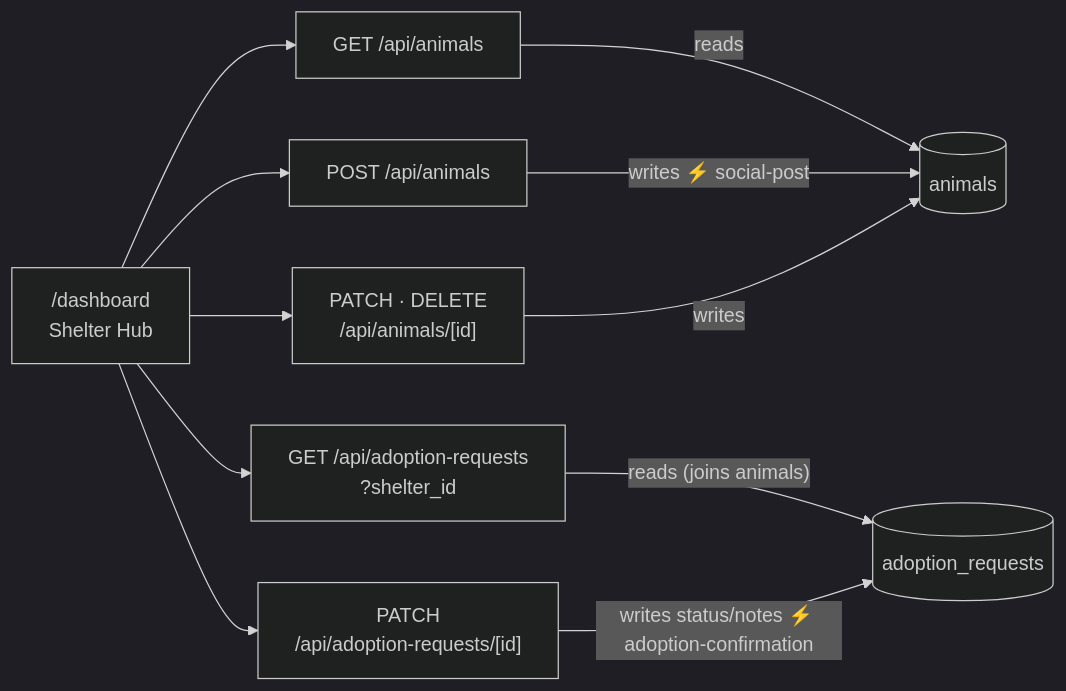
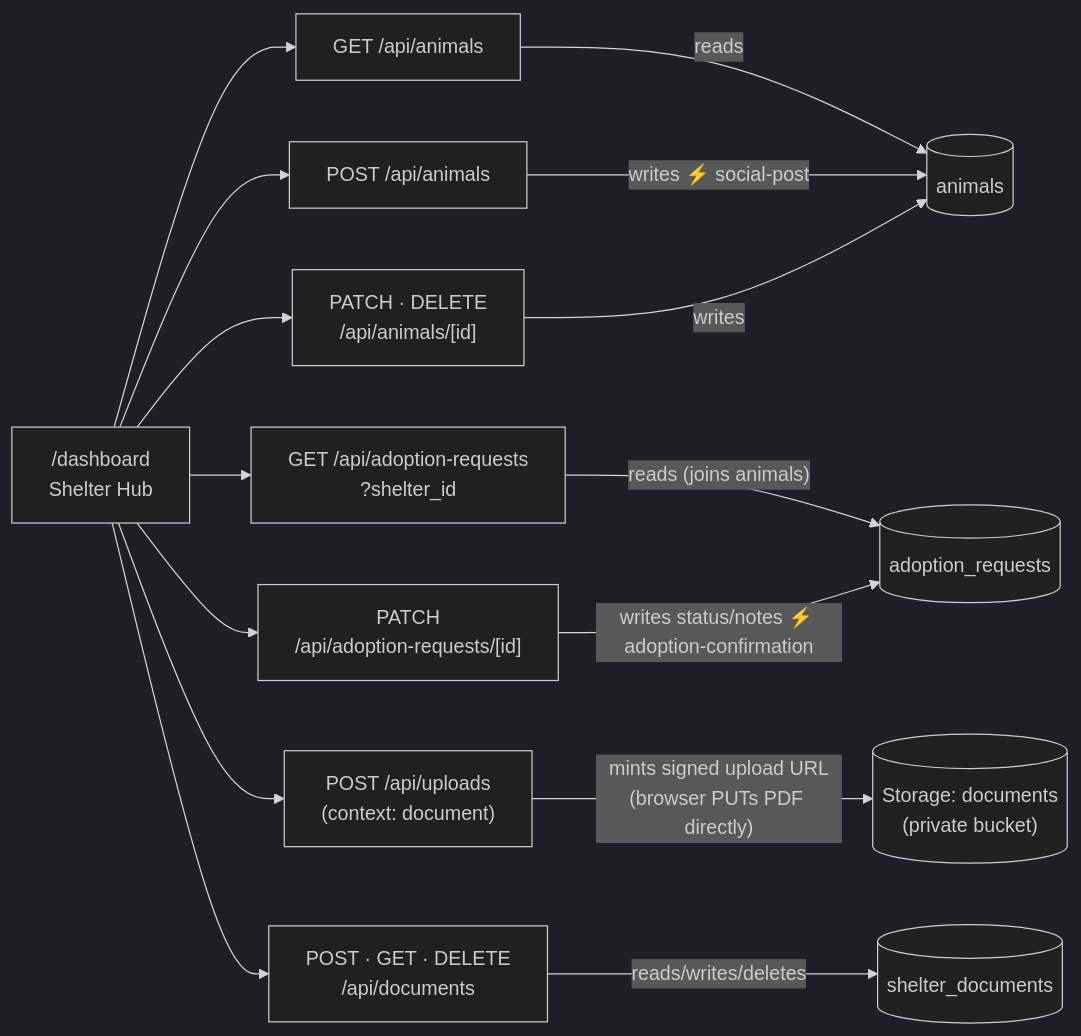
The second of 7 diagrams in docs/architecture.md (gamp92/pawlink), drawn with Mermaid (dark theme) before and after one commit. The commit also changed other lines of this file and 7 other files, not shown here.

First line of the commit message:
feat: add shelter_documents table and /api/documents routes (register, list, delete)

````diff
--- a/docs/architecture.md
+++ b/docs/architecture.md
@@ -98,19 +98,25 @@
 ```mermaid
 flowchart LR
     F1["/dashboard<br/>Shelter Hub"]
 
     animalsList["GET /api/animals"]
     animalsCreate["POST /api/animals"]
     animalsEdit["PATCH · DELETE<br/>/api/animals/[id]"]
     reqList["GET /api/adoption-requests<br/>?shelter_id"]
     reqUpdate["PATCH<br/>/api/adoption-requests/[id]"]
+    docsUpload["POST /api/uploads<br/>(context: document)"]
+    docsRegister["POST · GET · DELETE<br/>/api/documents"]
 
     tAnimals[("animals")]
     tRequests[("adoption_requests")]
+    tDocuments[("shelter_documents")]
+    documentsBucket[("Storage: documents<br/>(private bucket)")]
 
     F1 --> animalsList -->|reads| tAnimals
     F1 --> animalsCreate -->|writes ⚡ social-post| tAnimals
     F1 --> animalsEdit -->|writes| tAnimals
     F1 --> reqList -->|"reads (joins animals)"| tRequests
     F1 --> reqUpdate -->|"writes status/notes ⚡ adoption-confirmation"| tRequests
+    F1 --> docsUpload -->|"mints signed upload URL<br/>(browser PUTs PDF directly)"| documentsBucket
+    F1 --> docsRegister -->|"reads/writes/deletes"| tDocuments
 ```
````
